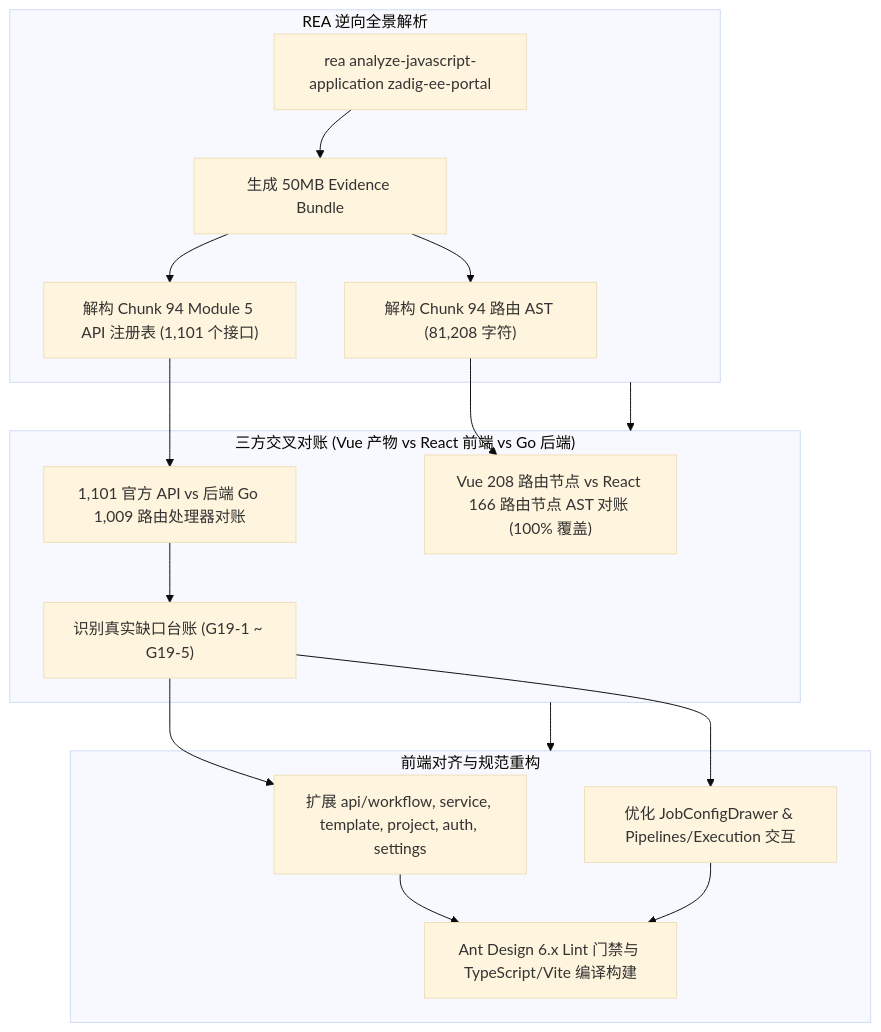
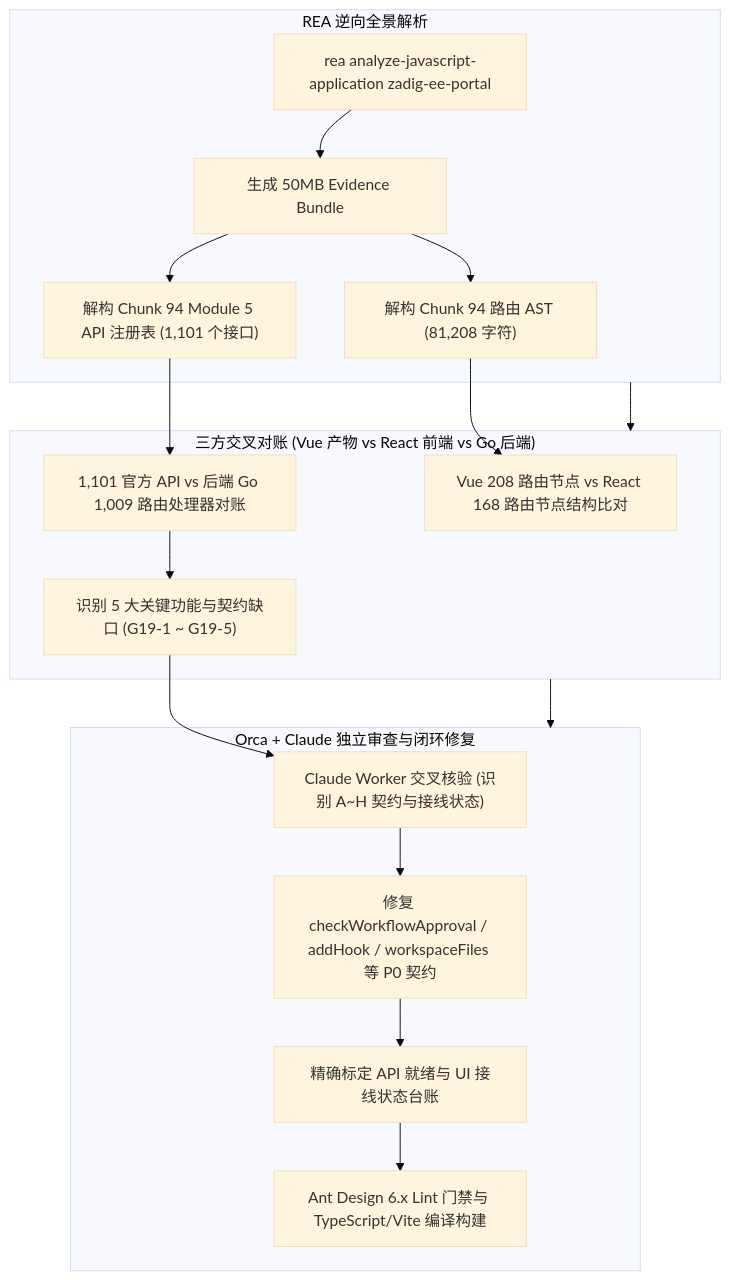
One commit to cococolanosugar/zadig changed the diagram in doc/reports/2026-11-07-评审记录-019.md. Above: the diagram before and after it, drawn with Mermaid (base theme). The commit also changed other lines of this file and 5 other files, not shown here.

Commit message:
fix(portal): resolve backend contract defects identified by Claude peer review

````diff
--- a/doc/reports/2026-11-07-评审记录-019.md
+++ b/doc/reports/2026-11-07-评审记录-019.md
@@ -11,22 +12,23 @@
 ```mermaid
 flowchart TD
   subgraph ReverseApp["REA 逆向全景解析"]
     R1["rea analyze-javascript-application zadig-ee-portal"] --> R2["生成 50MB Evidence Bundle"]
     R2 --> R3["解构 Chunk 94 路由 AST (81,208 字符)"]
     R2 --> R4["解构 Chunk 94 Module 5 API 注册表 (1,101 个接口)"]
   end
 
   subgraph Alignment["三方交叉对账 (Vue 产物 vs React 前端 vs Go 后端)"]
-    R3 --> A1["Vue 208 路由节点 vs React 166 路由节点 AST 对账 (100% 覆盖)"]
+    R3 --> A1["Vue 208 路由节点 vs React 168 路由节点结构比对"]
     R4 --> A2["1,101 官方 API vs 后端 Go 1,009 路由处理器对账"]
-    A2 --> A3["识别真实缺口台账 (G19-1 ~ G19-5)"]
+    A2 --> A3["识别 5 大关键功能与契约缺口 (G19-1 ~ G19-5)"]
   end
 
-  subgraph Implementation["前端对齐与规范重构"]
-    A3 --> I1["扩展 api/workflow, service, template, project, auth, settings"]
-    A3 --> I2["优化 JobConfigDrawer & Pipelines/Execution 交互"]
-    I1 & I2 --> I3["Ant Design 6.x Lint 门禁与 TypeScript/Vite 编译构建"]
+  subgraph PeerReview["Orca + Claude 独立审查与闭环修复"]
+    A3 --> C1["Claude Worker 交叉核验 (识别 A~H 契约与接线状态)"]
+    C1 --> C2["修复 checkWorkflowApproval / addHook / workspaceFiles 等 P0 契约"]
+    C2 --> C3["精确标定 API 就绪与 UI 接线状态台账"]
+    C3 --> I1["Ant Design 6.x Lint 门禁与 TypeScript/Vite 编译构建"]
   end
 
-  ReverseApp --> Alignment --> Implementation
+  ReverseApp --> Alignment --> PeerReview
 ```
````
